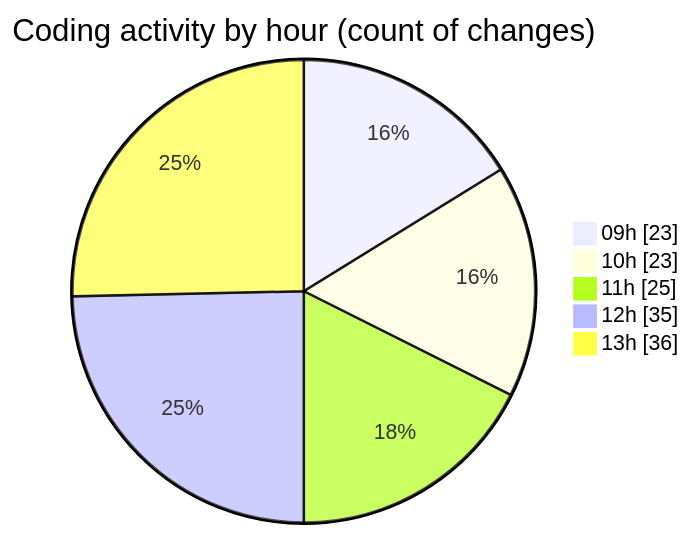
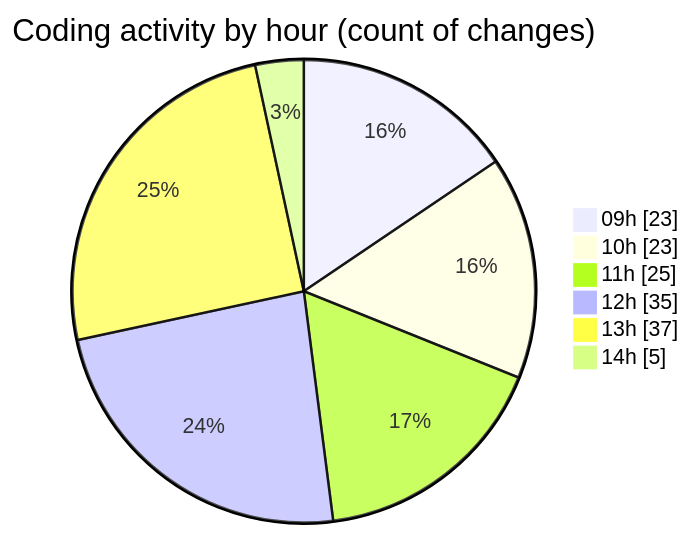
Before and after one commit to momahboobian/code-tracking: the second of 2 diagrams in 2025-10-23/cda/README.md, drawn with Mermaid. The commit also changed other lines of this file and 1 other file, not shown here.

````diff
--- a/2025-10-23/cda/README.md
+++ b/2025-10-23/cda/README.md
@@ -34,9 +34,10 @@
 ```mermaid
 pie showData
 title Coding activity by hour (count of changes)
 "09h" : 23
 "10h" : 23
 "11h" : 25
 "12h" : 35
-"13h" : 36
+"13h" : 37
+"14h" : 5
 ```
````
